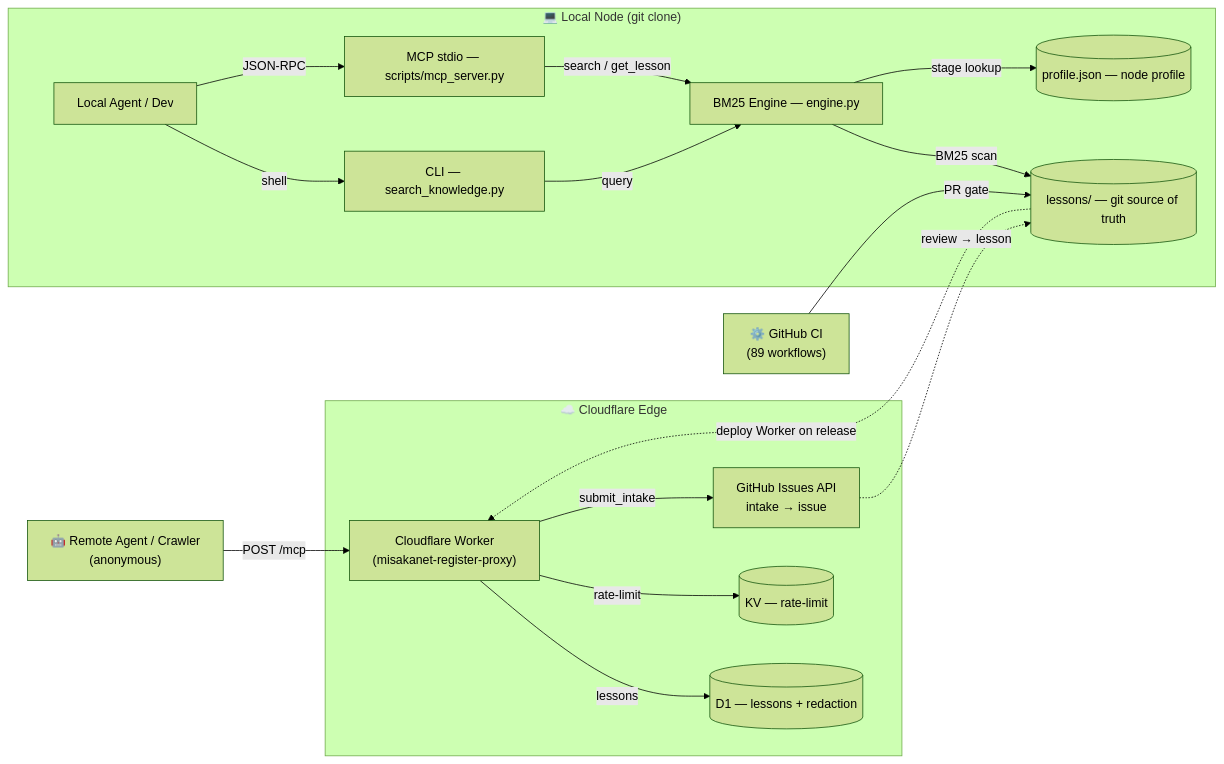
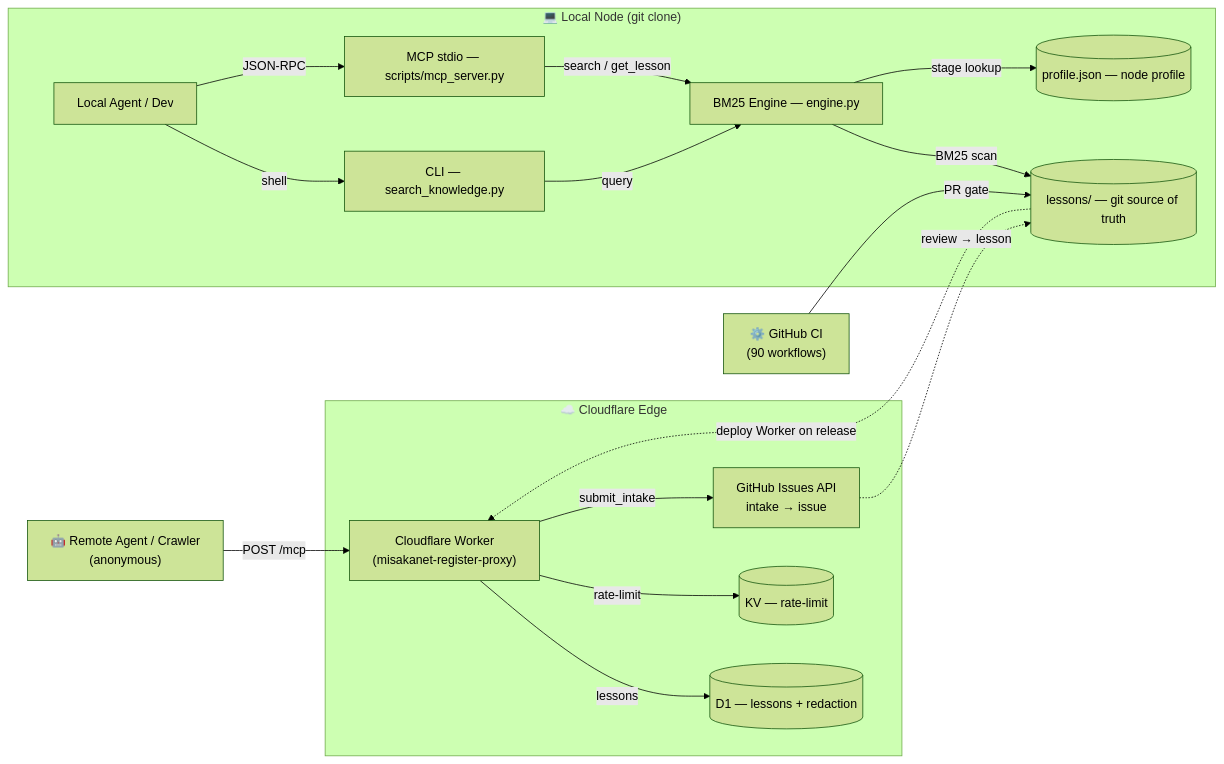
The diagram in ARCHITECTURE.md (Ikalus1988/MisakaNet), drawn with Mermaid (forest theme) before and after one commit. The commit also changed other lines of this file and 1 other file, not shown here.

````diff
--- a/ARCHITECTURE.md
+++ b/ARCHITECTURE.md
@@ -131,37 +131,37 @@
 ```mermaid
 flowchart LR
     subgraph Edge["☁️ Cloudflare Edge"]
         Worker["Cloudflare Worker<br/>(misakanet-register-proxy)"]
         D1[("D1 — lessons + redaction")]
         KV[("KV — rate-limit")]
         Intake["GitHub Issues API<br/>intake → issue"]
     end
 
     subgraph Local["💻 Local Node (git clone)"]
         User["Local Agent / Dev"]
         CLI["CLI — search_knowledge.py"]
         MCP["MCP stdio — scripts/mcp_server.py"]
         Engine["BM25 Engine — engine.py"]
         Lessons[("lessons/ — git source of truth")]
         Profile[("profile.json — node profile")]
     end
 
     Crawler["🤖 Remote Agent / Crawler<br/>(anonymous)"]
-    CI["⚙️ GitHub CI<br/>(89 workflows)"]
+    CI["⚙️ GitHub CI<br/>(90 workflows)"]
 
     Crawler -- "POST /mcp" --> Worker
     Worker -- "lessons" --> D1
     Worker -- "rate-limit" --> KV
     Worker -- "submit_intake" --> Intake
     Intake -. "review → lesson" .-> Lessons
 
     User -- "shell" --> CLI
     User -- "JSON-RPC" --> MCP
     CLI -- "query" --> Engine
     MCP -- "search / get_lesson" --> Engine
     Engine -- "BM25 scan" --> Lessons
     Engine -- "stage lookup" --> Profile
 
     CI -- "PR gate" --> Lessons
     Lessons -. "deploy Worker on release" .-> Worker
 ```
````
